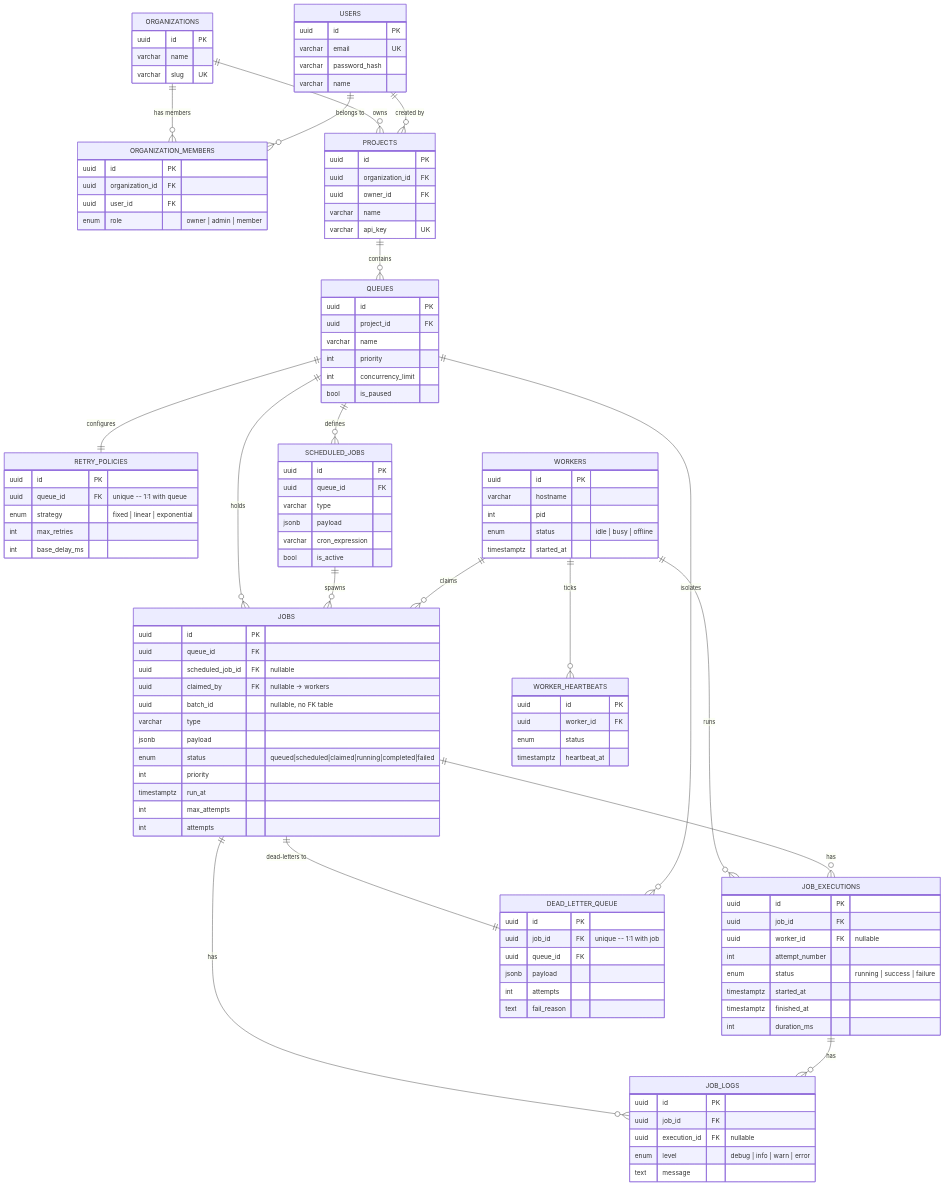
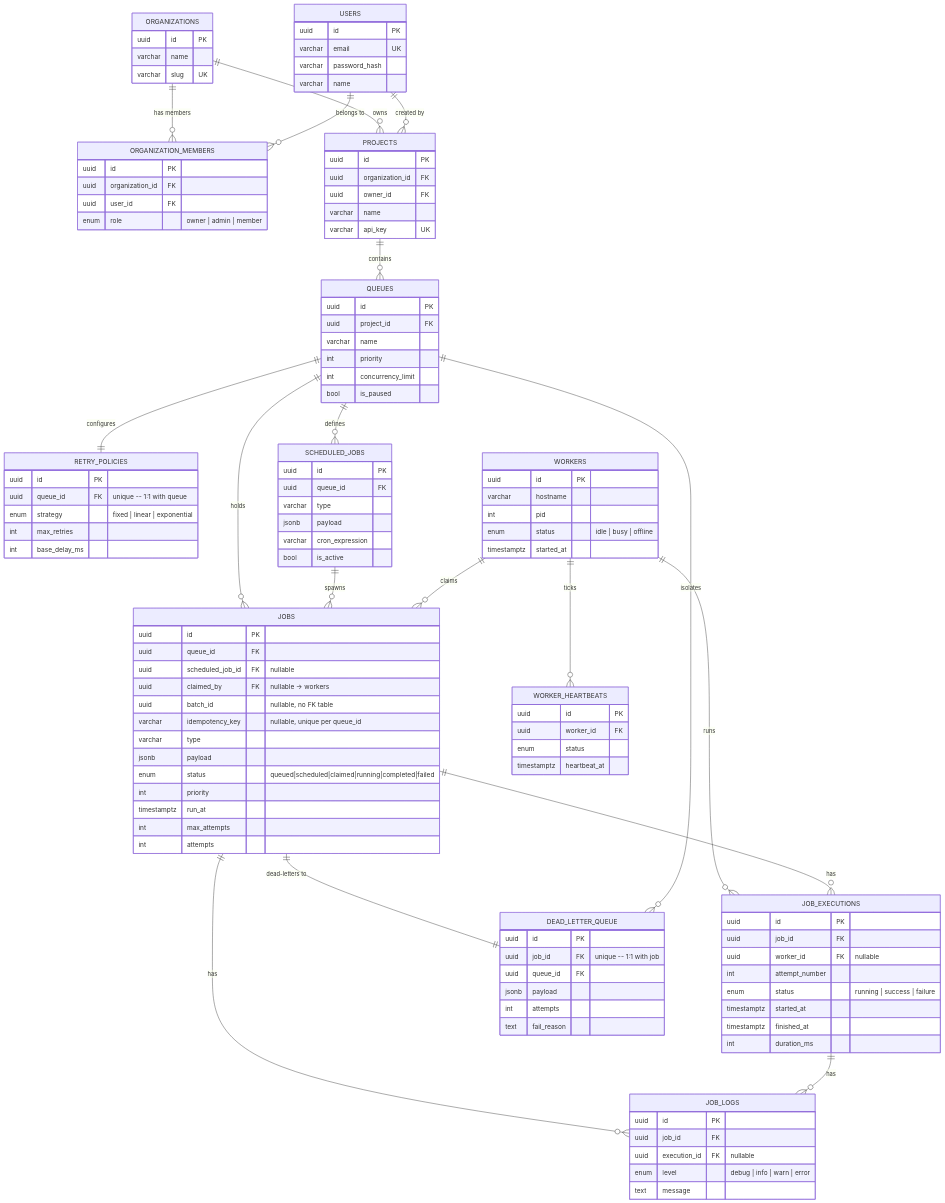
One commit to RachitGandhi13/jobScheduler changed the diagram in README.md. Above: the diagram before and after it, drawn with Mermaid. The commit also changed other lines of this file and 23 other files, not shown here.

First line of the commit message:
Add project/queue management, RBAC enforcement, and job idempotency

```diff
--- a/README.md
+++ b/README.md
@@ -187,6 +187,7 @@
         uuid scheduled_job_id FK "nullable"
         uuid claimed_by FK "nullable -> workers"
         uuid batch_id "nullable, no FK table"
+        varchar idempotency_key "nullable, unique per queue_id"
         varchar type
         jsonb payload
         enum status "queued|scheduled|claimed|running|completed|failed"
```
